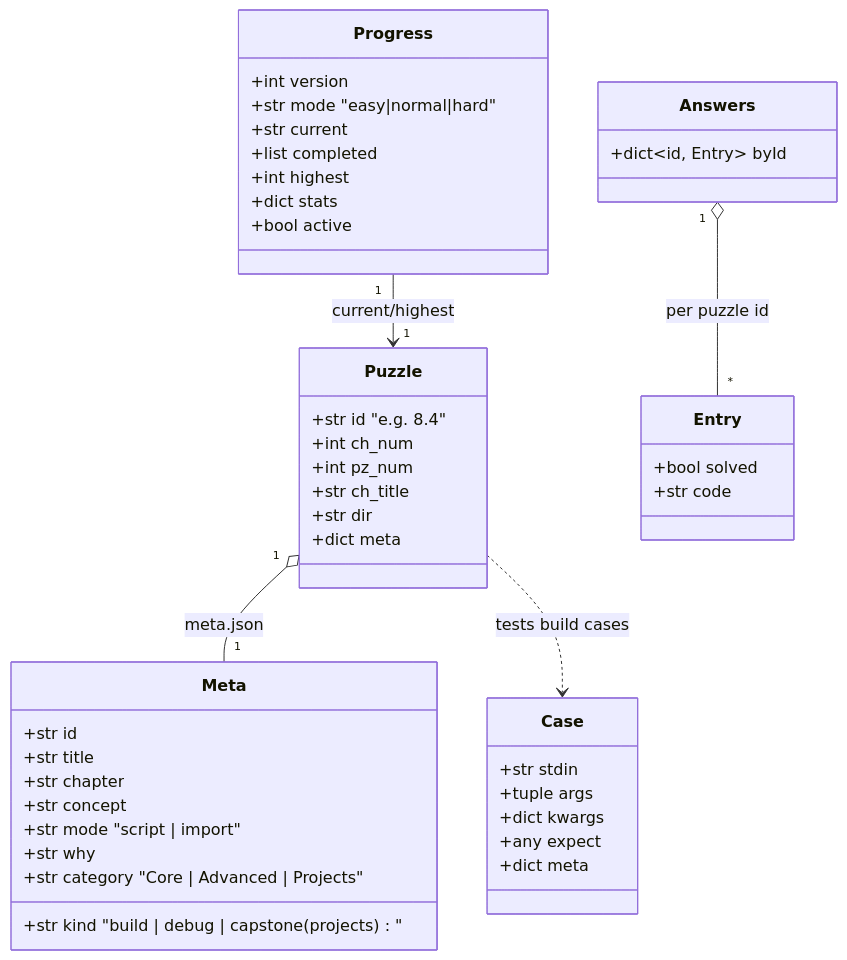
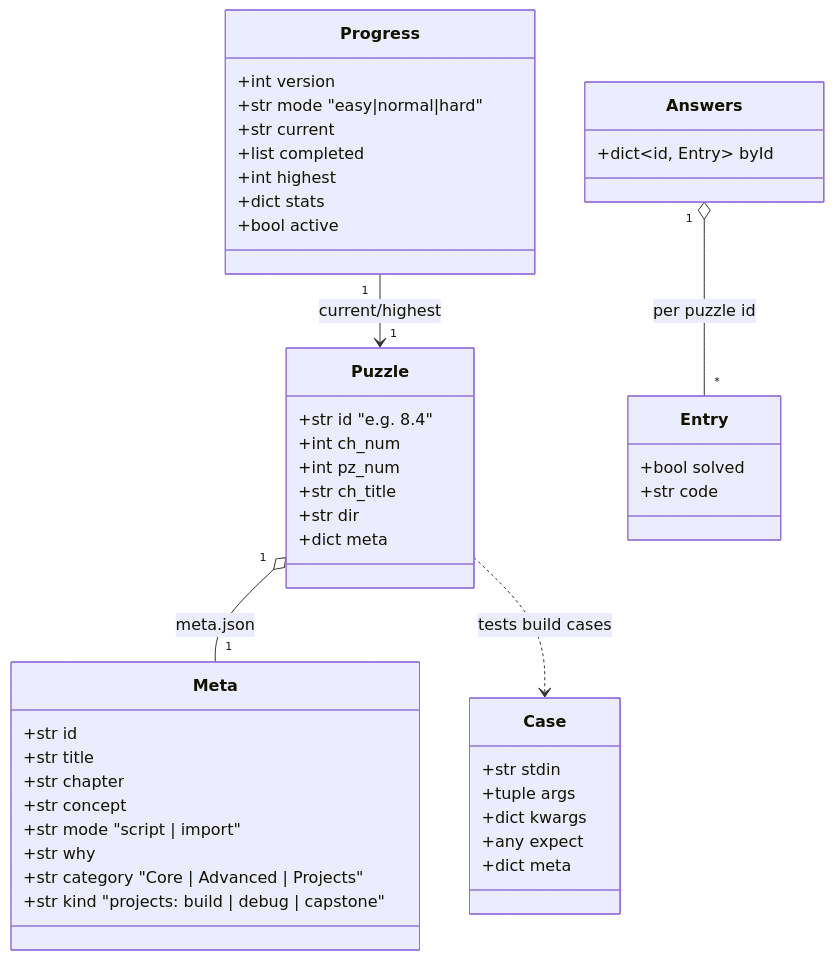
One commit to N041M/PyQuest changed the eighth of 11 diagrams in docs/architecture/README.md. Above: the diagram before and after it, drawn with Mermaid. The commit also changed other lines of this file and 1 other file, not shown here.

Commit message:
Split master diagram into two clean panels to remove line crossings

````diff
--- a/docs/architecture/README.md
+++ b/docs/architecture/README.md
@@ -341,48 +312,48 @@
 ```mermaid
 classDiagram
     class Puzzle {
         +str id  "e.g. 8.4"
         +int ch_num
         +int pz_num
         +str ch_title
         +str dir
         +dict meta
     }
     class Meta {
         +str id
         +str title
         +str chapter
         +str concept
         +str mode  "script | import"
         +str why
         +str category  "Core | Advanced | Projects"
-        +str kind  "build | debug | capstone (projects)"
+        +str kind  "projects: build | debug | capstone"
     }
     class Progress {
         +int version
         +str mode  "easy|normal|hard"
         +str current
         +list completed
         +int highest
         +dict stats
         +bool active
     }
     class Answers {
         +dict~id, Entry~ byId
     }
     class Entry {
         +bool solved
         +str code
     }
     class Case {
         +str stdin
         +tuple args
         +dict kwargs
         +any expect
         +dict meta
     }
     Puzzle "1" o-- "1" Meta : meta.json
     Progress "1" --> "1" Puzzle : current/highest
     Answers "1" o-- "*" Entry : per puzzle id
     Puzzle ..> Case : tests build cases
 ```
````
